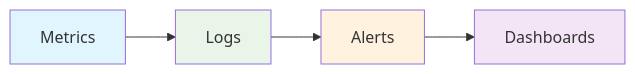
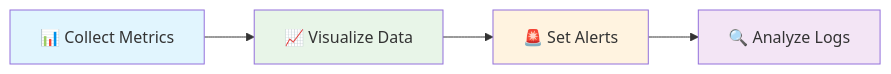
One commit to manikcloud/cloud-devops-learning-path changed the first of 3 diagrams in Section-2-DevOps/Session-10_Monitoring-Tools/README.md. Above: the diagram before and after it, drawn with Mermaid. The commit also changed other lines of this file, not shown here.

First line of the commit message:
📊 Update Session 10 README with proper project flow

````diff
--- a/Section-2-DevOps/Session-10_Monitoring-Tools/README.md
+++ b/Section-2-DevOps/Session-10_Monitoring-Tools/README.md
@@ -15,9 +15,10 @@
 ```mermaid
 graph LR
-    A[Metrics] --> B[Logs] --> C[Alerts] --> D[Dashboards]
+    A[📊 Collect Metrics] --> B[📈 Visualize Data]
+    B --> C[🚨 Set Alerts] --> D[🔍 Analyze Logs]
     
     style A fill:#e1f5fe
     style B fill:#e8f5e8
     style C fill:#fff3e0
     style D fill:#f3e5f5
 ```
````
